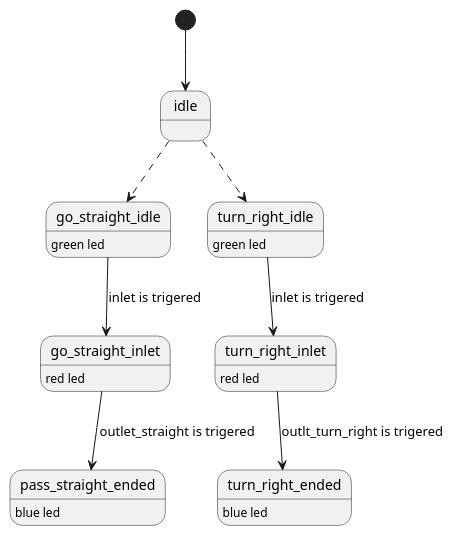
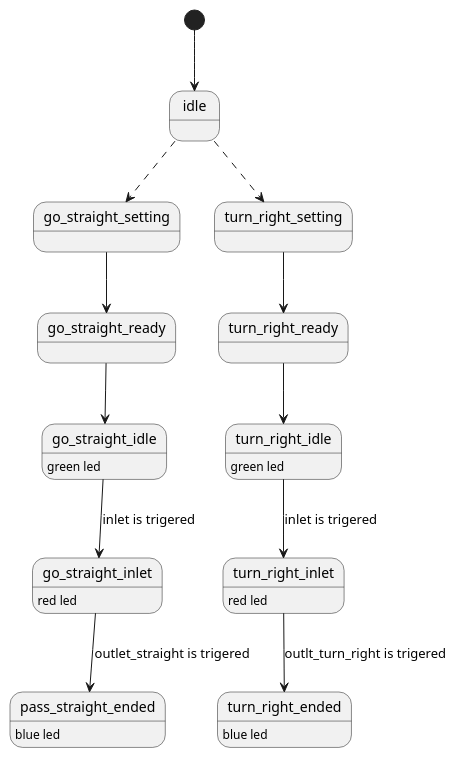
One commit to voicevon/gobot_front changed the diagram in esp32_arm/src/MyApps/iot/valve/threeway/docs/statemachine.puml. Above: the diagram before and after it, drawn with PlantUML. The commit also changed 9 other files, not shown here.

```diff
--- a/esp32_arm/src/MyApps/iot/valve/threeway/docs/statemachine.puml
+++ b/esp32_arm/src/MyApps/iot/valve/threeway/docs/statemachine.puml
@@ -1,14 +1,18 @@
 [*] --> idle
-idle -[dashed]-> go_straight_idle
+idle -[dashed]-> go_straight_setting
+go_straight_setting --> go_straight_ready
+go_straight_ready --> go_straight_idle
 go_straight_idle: green led
 go_straight_idle --> go_straight_inlet: inlet is trigered
 go_straight_inlet: red led
 go_straight_inlet --> pass_straight_ended: outlet_straight is trigered
 pass_straight_ended: blue led
 
-idle -[dashed]-> turn_right_idle
+idle -[dashed]-> turn_right_setting
+turn_right_setting --> turn_right_ready
+turn_right_ready --> turn_right_idle
 turn_right_idle: green led
 turn_right_idle -->turn_right_inlet : inlet is trigered
 turn_right_inlet: red led
 turn_right_inlet --> turn_right_ended: outlt_turn_right is trigered
 turn_right_ended: blue led
```
